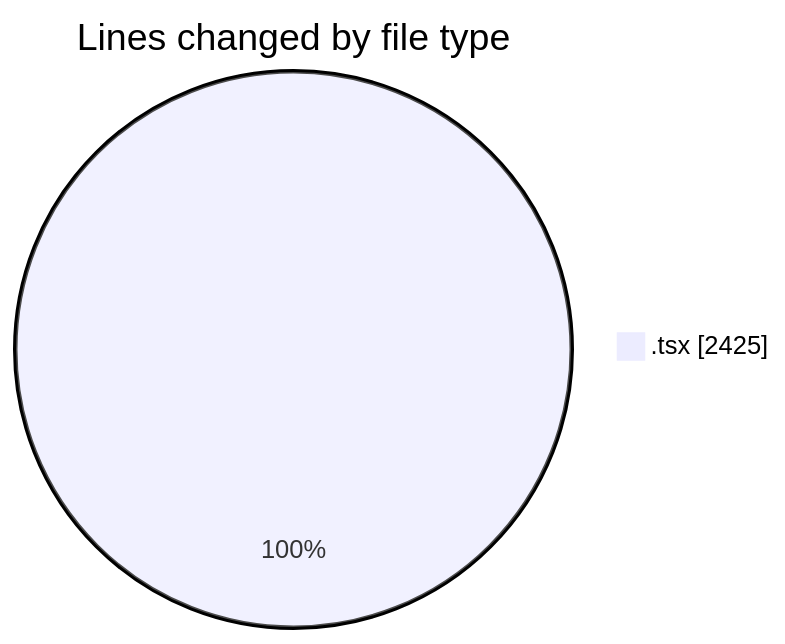
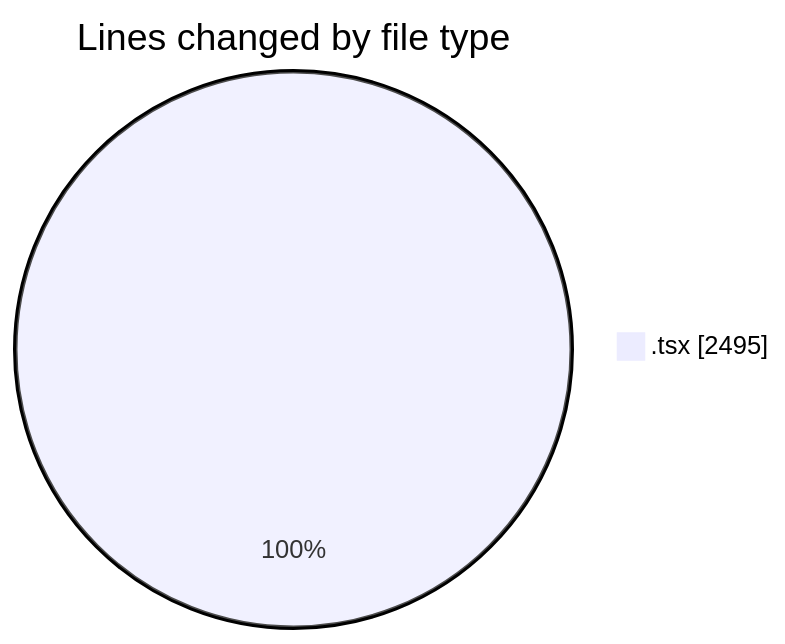
One commit to nxtqubesakshisongat/code-tracking changed the first of 2 diagrams in 2026-02-09/nxtqube_webapp/README.md. Above: the diagram before and after it, drawn with Mermaid. The commit also changed other lines of this file and 1 other file, not shown here.

````diff
--- a/2026-02-09/nxtqube_webapp/README.md
+++ b/2026-02-09/nxtqube_webapp/README.md
@@ -22,5 +22,5 @@
 ```mermaid
 pie showData
 title Lines changed by file type
-".tsx" : 2425
+".tsx" : 2495
 ```
````
